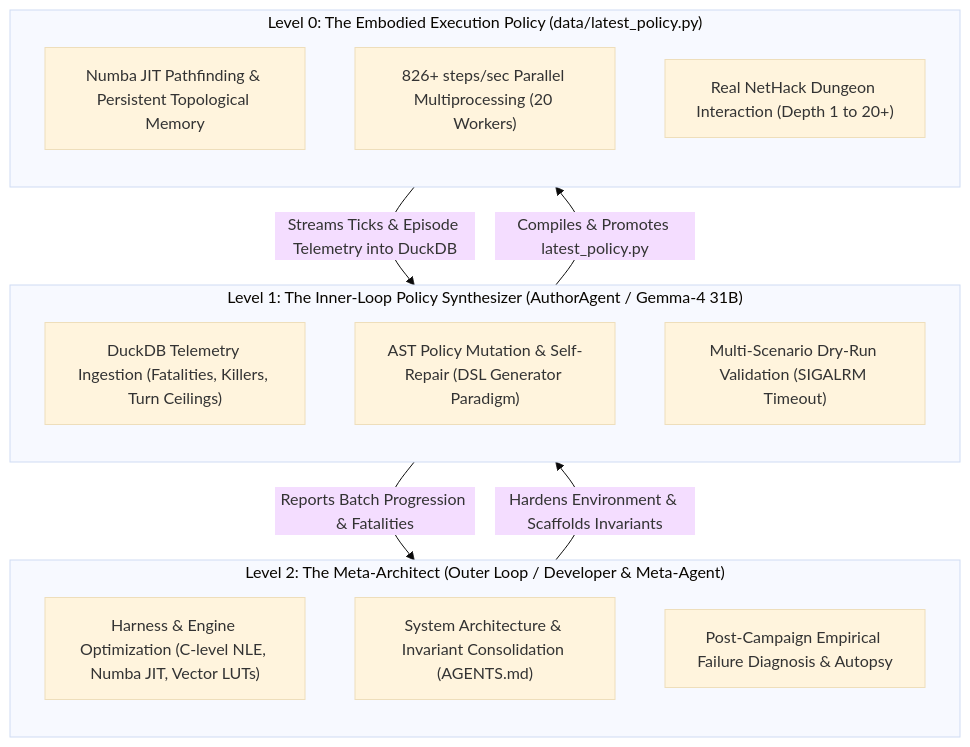
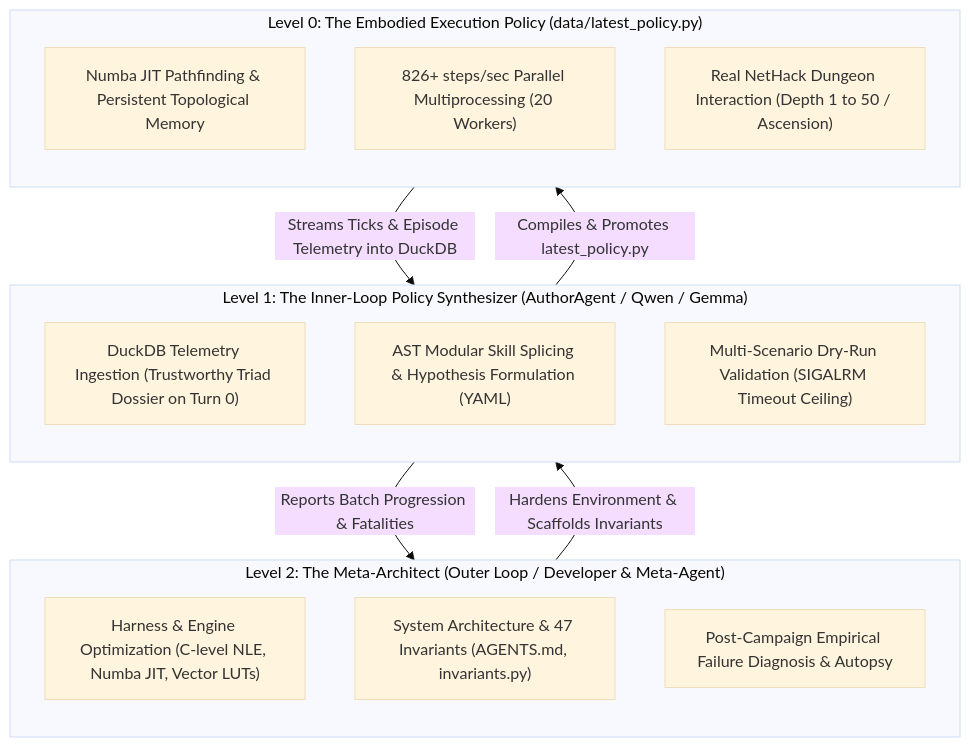
One commit to saejin-moon/lox changed the diagram in README.md. Above: the diagram before and after it, drawn with Mermaid (base theme). The commit also changed other lines of this file and 24 other files, not shown here.

First line of the commit message:
feat(architecture): pure synthesis decoupling, cross-floor RunMemory, DungeonPhase solver skills, and runtime profiling

````diff
--- a/README.md
+++ b/README.md
@@ -13,28 +13,28 @@
 ```mermaid
 flowchart TD
     subgraph Level2["Level 2: The Meta-Architect (Outer Loop / Developer & Meta-Agent)"]
         direction TB
         L2_A["Harness & Engine Optimization (C-level NLE, Numba JIT, Vector LUTs)"]
-        L2_B["System Architecture & Invariant Consolidation (AGENTS.md)"]
+        L2_B["System Architecture & 47 Invariants (AGENTS.md, invariants.py)"]
         L2_C["Post-Campaign Empirical Failure Diagnosis & Autopsy"]
     end
 
-    subgraph Level1["Level 1: The Inner-Loop Policy Synthesizer (AuthorAgent / Gemma-4 31B)"]
+    subgraph Level1["Level 1: The Inner-Loop Policy Synthesizer (AuthorAgent / Qwen / Gemma)"]
         direction TB
-        L1_A["DuckDB Telemetry Ingestion (Fatalities, Killers, Turn Ceilings)"]
-        L1_B["AST Policy Mutation & Self-Repair (DSL Generator Paradigm)"]
-        L1_C["Multi-Scenario Dry-Run Validation (SIGALRM Timeout)"]
+        L1_A["DuckDB Telemetry Ingestion (Trustworthy Triad Dossier on Turn 0)"]
+        L1_B["AST Modular Skill Splicing & Hypothesis Formulation (YAML)"]
+        L1_C["Multi-Scenario Dry-Run Validation (SIGALRM Timeout Ceiling)"]
     end
 
     subgraph Level0["Level 0: The Embodied Execution Policy (data/latest_policy.py)"]
         direction TB
         L0_A["Numba JIT Pathfinding & Persistent Topological Memory"]
         L0_B["826+ steps/sec Parallel Multiprocessing (20 Workers)"]
-        L0_C["Real NetHack Dungeon Interaction (Depth 1 to 20+)"]
+        L0_C["Real NetHack Dungeon Interaction (Depth 1 to 50 / Ascension)"]
     end
 
     Level2 -->|"Hardens Environment & Scaffolds Invariants"| Level1
     Level1 -->|"Compiles & Promotes latest_policy.py"| Level0
     Level0 -->|"Streams Ticks & Episode Telemetry into DuckDB"| Level1
     Level1 -->|"Reports Batch Progression & Fatalities"| Level2
 ```
````
